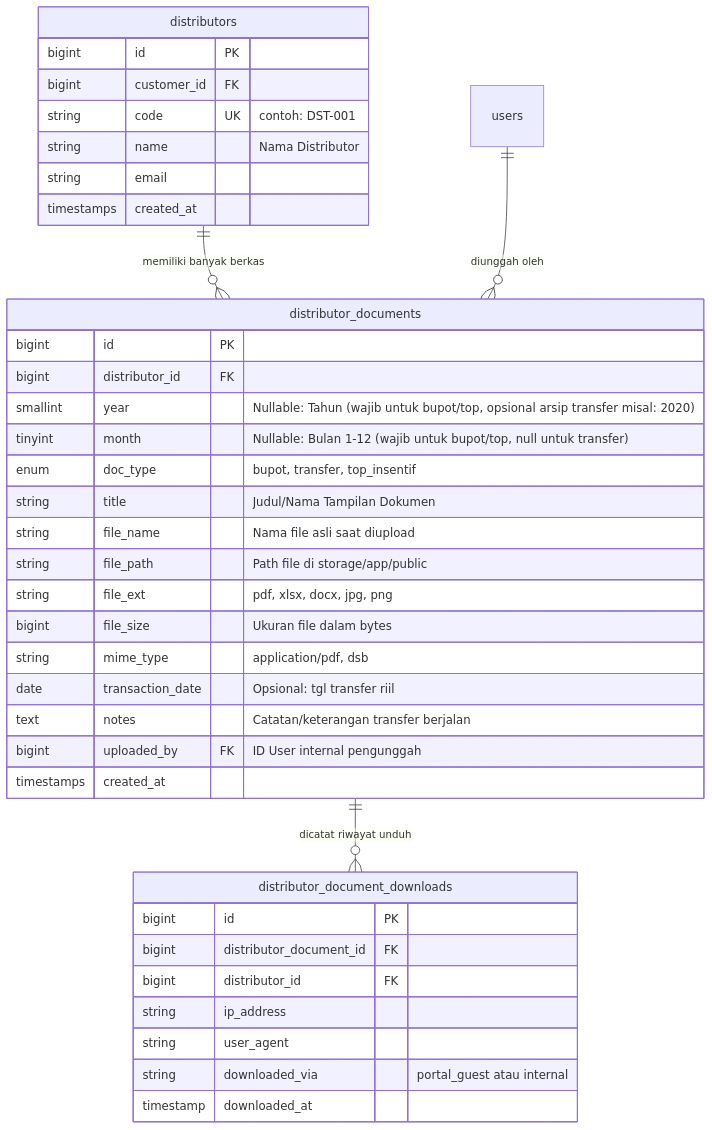
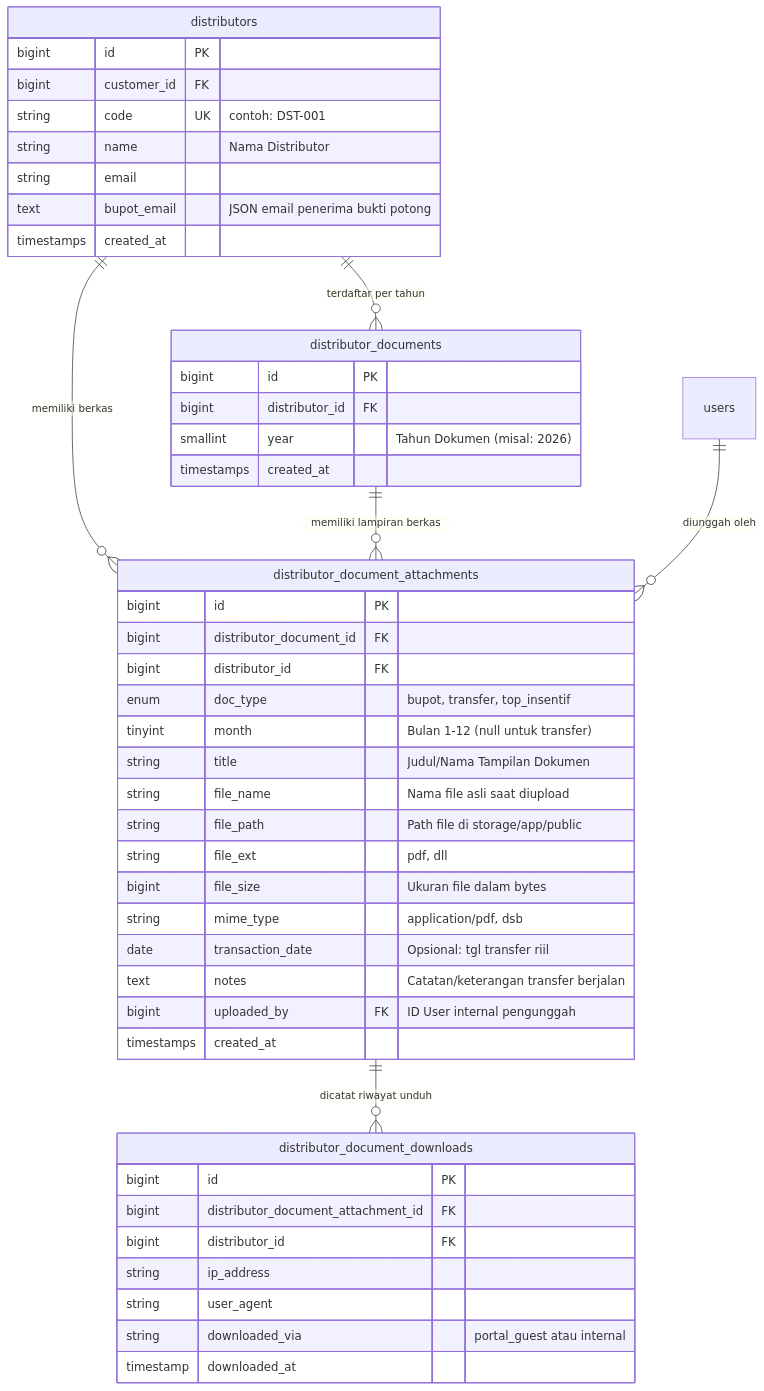
The second of 2 diagrams in README.md (aderusmana/finance), drawn with Mermaid before and after one commit. The commit also changed other lines of this file and 9 other files, not shown here.

First line of the commit message:
refactor(distributor-docs): normalize document schema into header and attachment tables

````diff
--- a/README.md
+++ b/README.md
@@ -193,43 +193,53 @@
 ```mermaid
 erDiagram
-    distributors ||--o{ distributor_documents : "memiliki banyak berkas"
-    users ||--o{ distributor_documents : "diunggah oleh"
-    distributor_documents ||--o{ distributor_document_downloads : "dicatat riwayat unduh"
+    distributors ||--o{ distributor_documents : "terdaftar per tahun"
+    distributors ||--o{ distributor_document_attachments : "memiliki berkas"
+    distributor_documents ||--o{ distributor_document_attachments : "memiliki lampiran berkas"
+    distributor_document_attachments ||--o{ distributor_document_downloads : "dicatat riwayat unduh"
+    users ||--o{ distributor_document_attachments : "diunggah oleh"
 
     distributors {
         bigint id PK
         bigint customer_id FK
         string code UK "contoh: DST-001"
         string name "Nama Distributor"
         string email
+        text bupot_email "JSON email penerima bukti potong"
         timestamps created_at
     }
 
     distributor_documents {
         bigint id PK
         bigint distributor_id FK
-        smallint year "Nullable: Tahun (wajib untuk bupot/top, opsional arsip transfer misal: 2020)"
-        tinyint month "Nullable: Bulan 1-12 (wajib untuk bupot/top, null untuk transfer)"
+        smallint year "Tahun Dokumen (misal: 2026)"
+        timestamps created_at
+    }
+
+    distributor_document_attachments {
+        bigint id PK
+        bigint distributor_document_id FK
+        bigint distributor_id FK
         enum doc_type "bupot, transfer, top_insentif"
+        tinyint month "Bulan 1-12 (null untuk transfer)"
         string title "Judul/Nama Tampilan Dokumen"
         string file_name "Nama file asli saat diupload"
         string file_path "Path file di storage/app/public"
-        string file_ext "pdf, xlsx, docx, jpg, png"
+        string file_ext "pdf, dll"
         bigint file_size "Ukuran file dalam bytes"
         string mime_type "application/pdf, dsb"
         date transaction_date "Opsional: tgl transfer riil"
         text notes "Catatan/keterangan transfer berjalan"
         bigint uploaded_by FK "ID User internal pengunggah"
         timestamps created_at
     }
 
     distributor_document_downloads {
         bigint id PK
-        bigint distributor_document_id FK
+        bigint distributor_document_attachment_id FK
         bigint distributor_id FK
         string ip_address
         string user_agent
         string downloaded_via "portal_guest atau internal"
         timestamp downloaded_at
     }
 ```
````
